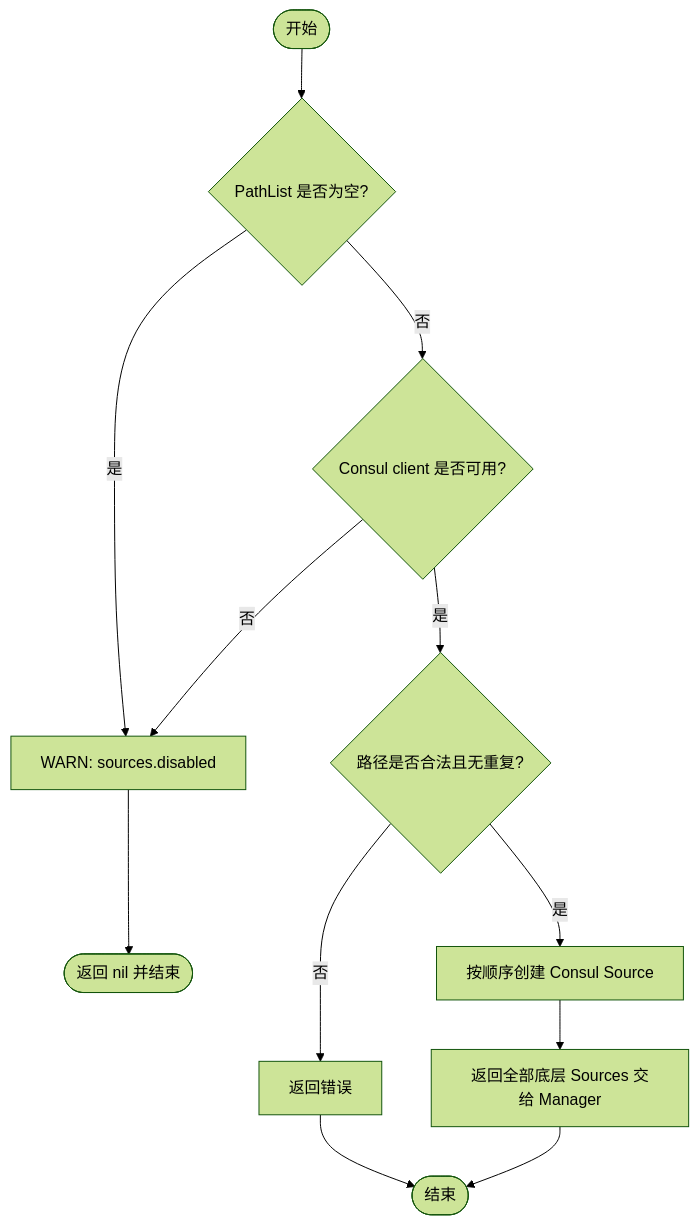
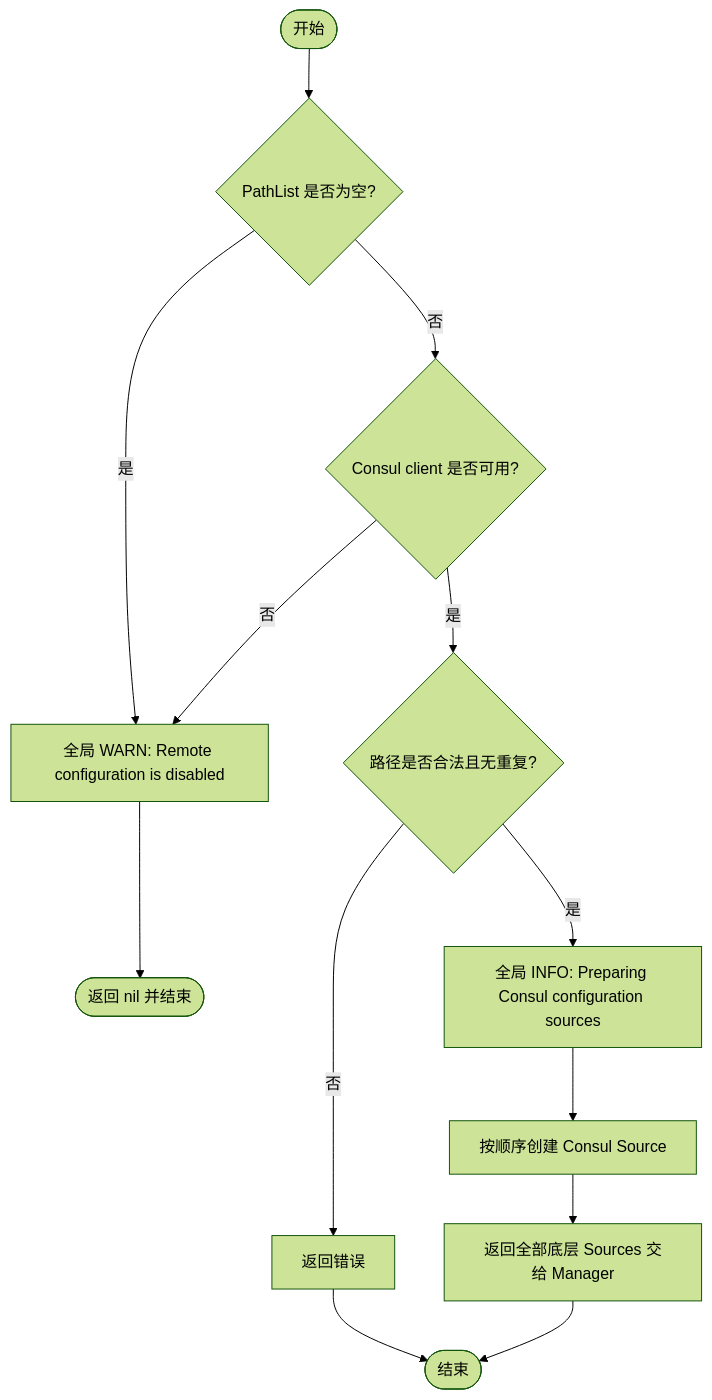
The first of 2 diagrams in contrib/config/consul/README.md (jaggerzhuang1994/kratos-foundation), drawn with Mermaid (forest theme) before and after one commit. The commit also changed other lines of this file and 96 other files, not shown here.

````diff
--- a/contrib/config/consul/README.md
+++ b/contrib/config/consul/README.md
@@ -27,14 +32,15 @@
 ```mermaid
 flowchart TD
     A([开始]) --> B{PathList 是否为空?}
-    B -- 是 --> C[WARN: sources.disabled]
+    B -- 是 --> C[全局 WARN: Remote configuration is disabled]
     B -- 否 --> D{Consul client 是否可用?}
     D -- 否 --> C
     D -- 是 --> E{路径是否合法且无重复?}
     E -- 否 --> F[返回错误]
-    E -- 是 --> G[按顺序创建 Consul Source]
+    E -- 是 --> R[全局 INFO: Preparing Consul configuration sources]
+    R --> G[按顺序创建 Consul Source]
     G --> I[返回全部底层 Sources 交给 Manager]
     C --> K([返回 nil 并结束])
     F --> L([结束])
     I --> L
 ```
````
